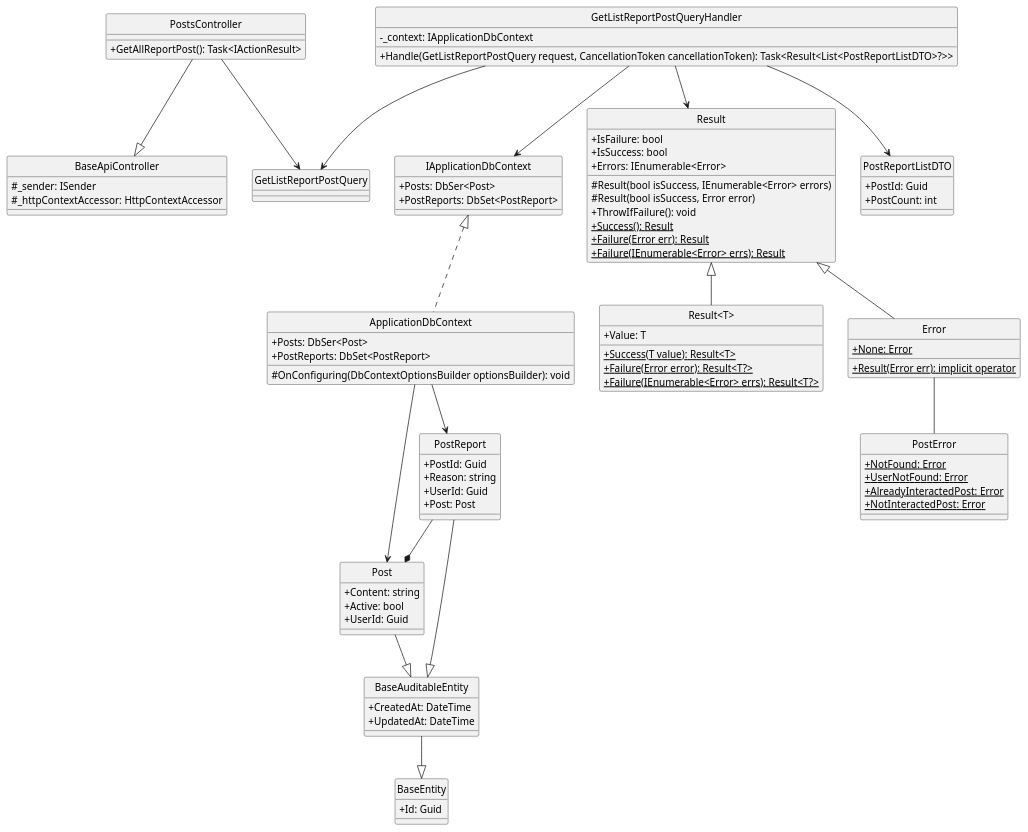
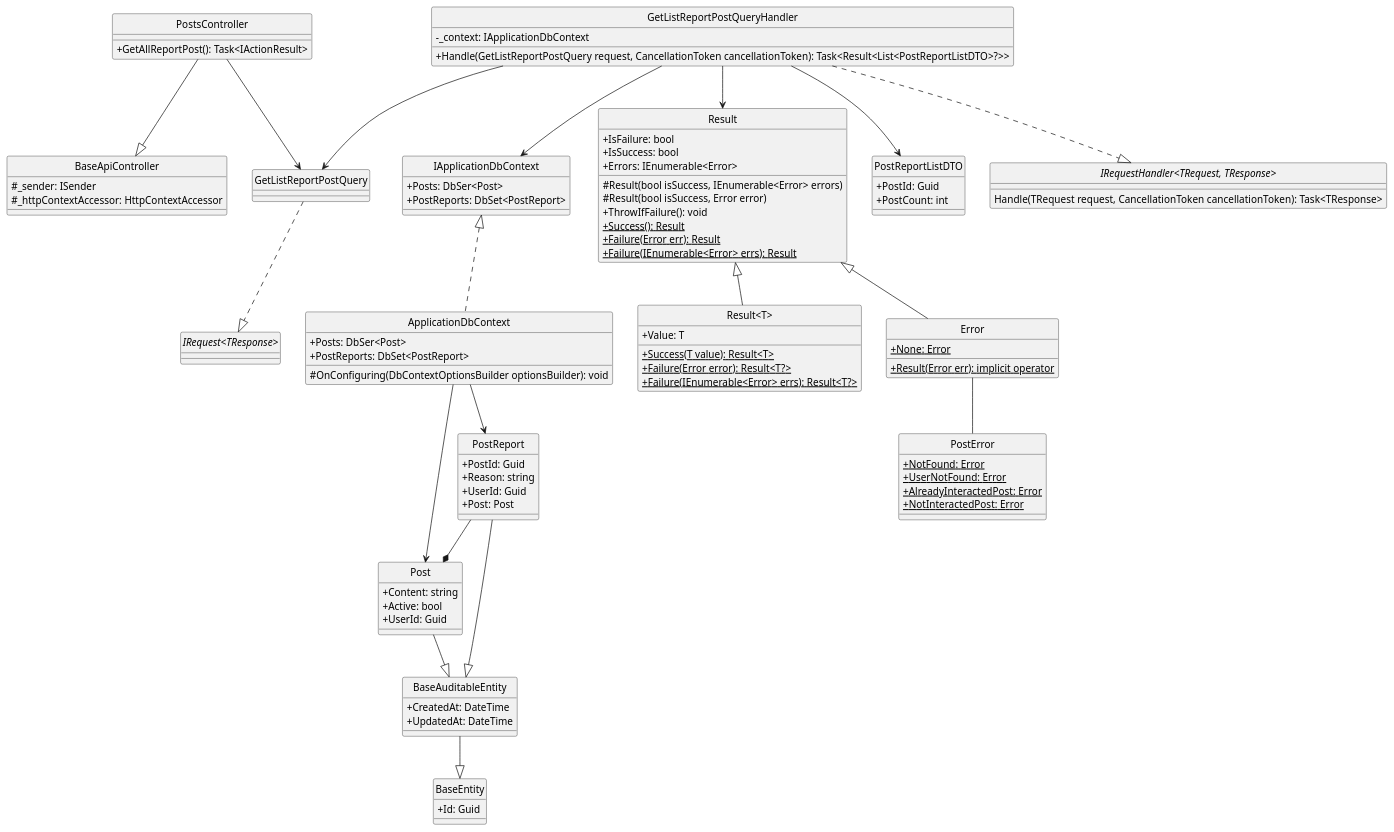
Before and after one commit to Carl-Johnsons/Chat-Application: the diagram in docs/Class Diagram/Post/Post/GetAllReportPost/ClassDiagram.plantuml, drawn with PlantUML. The commit also changed 21 other files, not shown here.

Commit message:
update post class diagram

```diff
--- a/docs/Class Diagram/Post/Post/GetAllReportPost/ClassDiagram.plantuml
+++ b/docs/Class Diagram/Post/Post/GetAllReportPost/ClassDiagram.plantuml
@@ -1,111 +1,118 @@
-@startuml 
+@startuml getAllReportPost
 hide circle
 skinparam classAttributeIconSize 0
 
 class BaseApiController {
     #_sender: ISender 
     #_httpContextAccessor: HttpContextAccessor
 }
 
 class PostsController {
     +GetAllReportPost(): Task<IActionResult>
 }
 
 class GetListReportPostQuery {}
 
 class GetListReportPostQueryHandler {
     -_context: IApplicationDbContext
     +Handle(GetListReportPostQuery request, CancellationToken cancellationToken): Task<Result<List<PostReportListDTO>?>>
 }
 
 class IApplicationDbContext {
     +Posts: DbSer<Post>
     +PostReports: DbSet<PostReport>
 }
 
 class ApplicationDbContext {
     +Posts: DbSer<Post>
     +PostReports: DbSet<PostReport>
     #OnConfiguring(DbContextOptionsBuilder optionsBuilder): void 
 }
 
 class Result {
     +IsFailure: bool
     +IsSuccess: bool
     +Errors: IEnumerable<Error>
     #Result(bool isSuccess, IEnumerable<Error> errors)
     #Result(bool isSuccess, Error error)
     +ThrowIfFailure(): void
     +{static} Success(): Result
     +{static} Failure(Error err): Result
     +{static} Failure(IEnumerable<Error> errs): Result
 }
 
 class "Result<T>" {
     +Value: T
     +{static} Success(T value): Result<T>
     +{static} Failure(Error error): Result<T?>
     +{static} Failure(IEnumerable<Error> errs): Result<T?>
 }
 
 class Error {
     +{static} None: Error
     +{static} Result(Error err): implicit operator
 }
 
 class PostError {
     +{static} NotFound: Error
     +{static} UserNotFound: Error
     +{static} AlreadyInteractedPost: Error
     +{static} NotInteractedPost: Error
 }
 
 class PostReportListDTO {
     +PostId: Guid
     +PostCount: int
 }
 
 class BaseEntity {
     +Id: Guid 
 }
 
 class BaseAuditableEntity{
     +CreatedAt: DateTime
     +UpdatedAt: DateTime 
 }
 
 class Post {
     +Content: string
     +Active: bool
     +UserId: Guid
 }
 
 class PostReport {
     +PostId: Guid 
     +Reason: string 
     +UserId: Guid 
     +Post: Post
 } 
 
+interface "IRequest<TResponse>"
+interface "IRequestHandler<TRequest, TResponse>"{
+    Handle(TRequest request, CancellationToken cancellationToken): Task<TResponse>
+}
+
 '==== Get All Report Post ====
 'API Layer
 PostsController --|> BaseApiController
 PostsController --> GetListReportPostQuery
 'Application Layer
+GetListReportPostQuery ..|> "IRequest<TResponse>"
+GetListReportPostQueryHandler ..|> "IRequestHandler<TRequest, TResponse>"
 GetListReportPostQueryHandler --> GetListReportPostQuery
 GetListReportPostQueryHandler --> Result
 GetListReportPostQueryHandler --> IApplicationDbContext
 GetListReportPostQueryHandler --> PostReportListDTO
 'Domain Layer
 Result <|-- Error
 Result <|-- "Result<T>"
 Error -- PostError
 PostReport --|> BaseAuditableEntity
 Post --|> BaseAuditableEntity
 BaseAuditableEntity --|> BaseEntity
 PostReport --* Post
 'Infrastructure Layer
 IApplicationDbContext <|.. ApplicationDbContext
 ApplicationDbContext --> Post
 ApplicationDbContext --> PostReport
 @enduml
```
